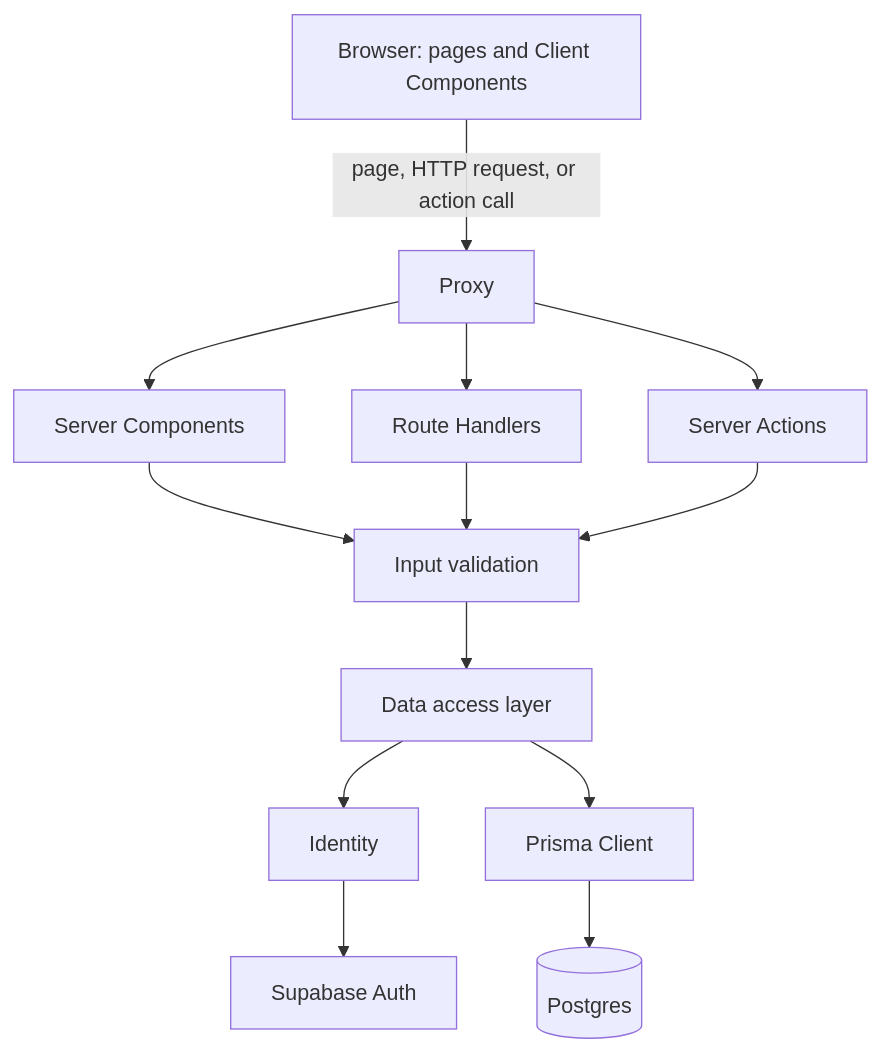
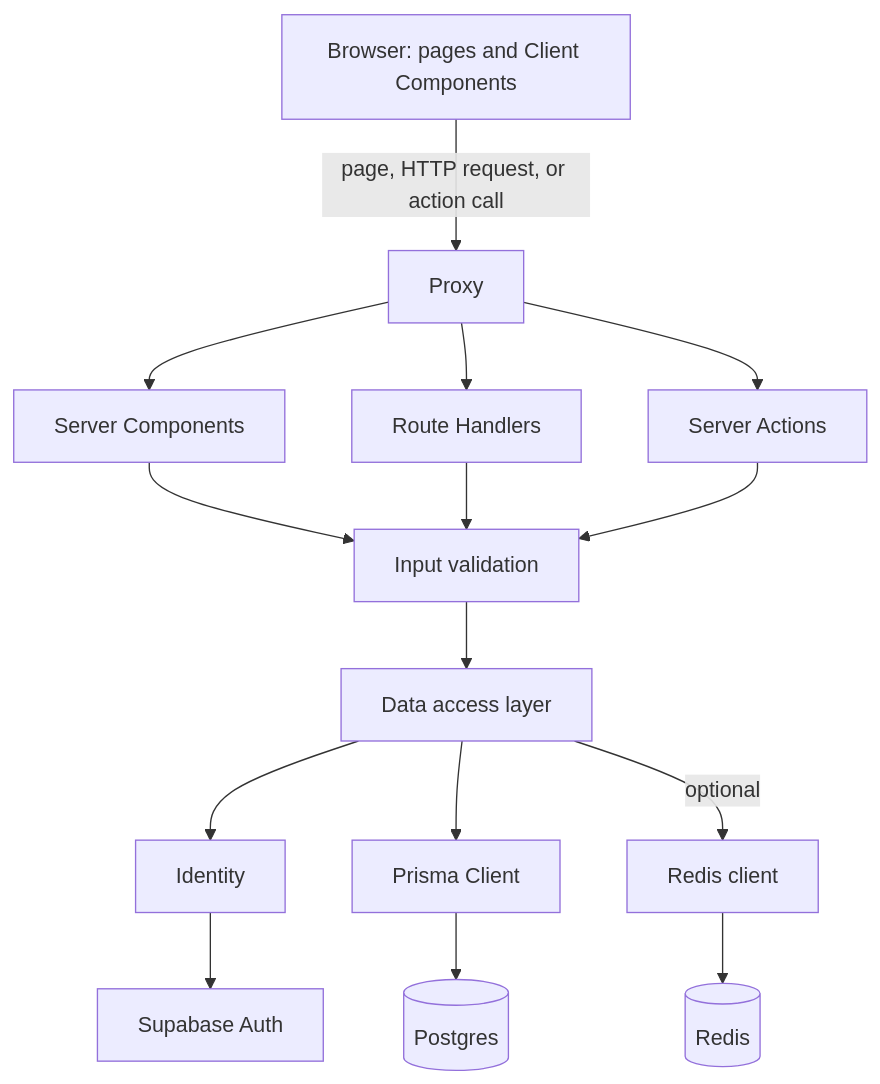
One commit to tnsgud9/nextjs-webapp-foundation changed the first of 2 diagrams in docs/architecture.md. Above: the diagram before and after it, drawn with Mermaid. The commit also changed other lines of this file and 33 other files, not shown here.

First line of the commit message:
feat: Add optional Redis behind the data access layer

````diff
--- a/docs/architecture.md
+++ b/docs/architecture.md
@@ -7,15 +7,17 @@
 ```mermaid
 flowchart TD
   Browser["Browser: pages and Client Components"] -->|"page, HTTP request, or action call"| Proxy["Proxy"]
   Proxy --> Page["Server Components"]
   Proxy --> Route["Route Handlers"]
   Proxy --> Action["Server Actions"]
   Page --> Validation["Input validation"]
   Route --> Validation
   Action --> Validation
   Validation --> Data["Data access layer"]
   Data --> Auth["Identity"]
   Data --> DB["Prisma Client"]
   DB --> Postgres[("Postgres")]
   Auth --> SupabaseAuth["Supabase Auth"]
+  Data -->|optional| RedisClient["Redis client"]
+  RedisClient --> Redis[("Redis")]
 ```
````
